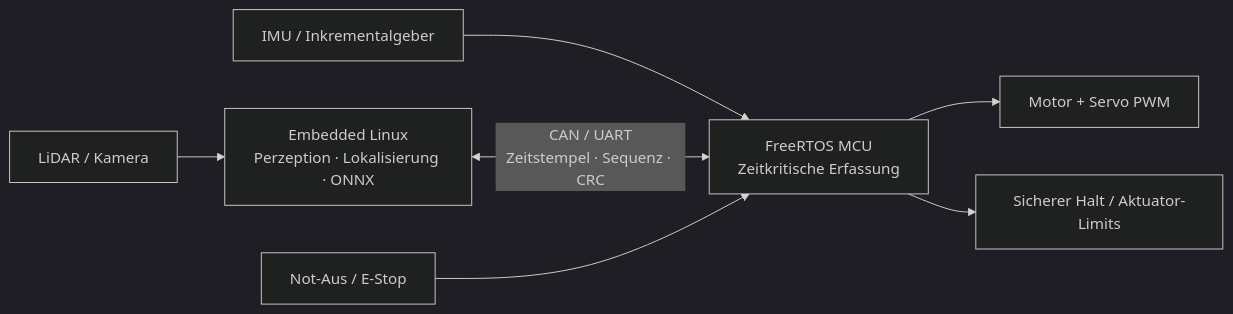
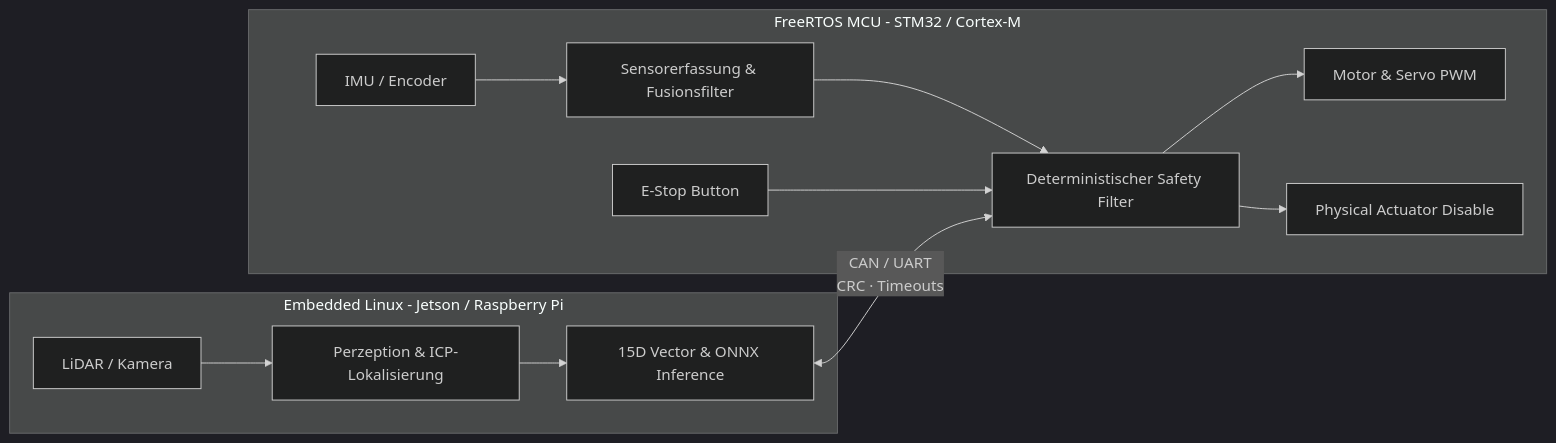
The first of 3 diagrams in docs/embedded_system/embedded_concept.md (Bigfire3/wro-fe-rl-simulation), drawn with Mermaid (dark theme) before and after one commit. The commit also changed other lines of this file, not shown here.

Commit message:
docs: update embedded concept structure and diagrams

````diff
--- a/docs/embedded_system/embedded_concept.md
+++ b/docs/embedded_system/embedded_concept.md
@@ -103,9 +87,16 @@
 ```mermaid @mermaid
 flowchart LR
-    S[LiDAR / Kamera] --> L[Embedded Linux\nPerzeption · Lokalisierung · ONNX]
-    I[IMU / Inkrementalgeber] --> M[FreeRTOS MCU\nZeitkritische Erfassung]
-    L <-->|CAN / UART\nZeitstempel · Sequenz · CRC| M
-    M --> A[Motor + Servo PWM]
-    E[Not-Aus / E-Stop] --> M
-    M --> F[Sicherer Halt / Aktuator-Limits]
+    subgraph Linux [Embedded Linux - Jetson / Raspberry Pi]
+        S[LiDAR / Kamera] --> P[Perzeption & ICP-Lokalisierung]
+        P --> O[15D Vector & ONNX Inference]
+    end
+
+    subgraph MCU [FreeRTOS MCU - STM32 / Cortex-M]
+        I[IMU / Encoder] --> M[Sensorerfassung & Fusionsfilter]
+        M --> SF[Deterministischer Safety Filter]
+        O <-->|CAN / UART\nCRC · Timeouts| SF
+        SF --> A[Motor & Servo PWM]
+        E[E-Stop Button] --> SF
+        SF --> Dis[Physical Actuator Disable]
+    end
 ```
````
